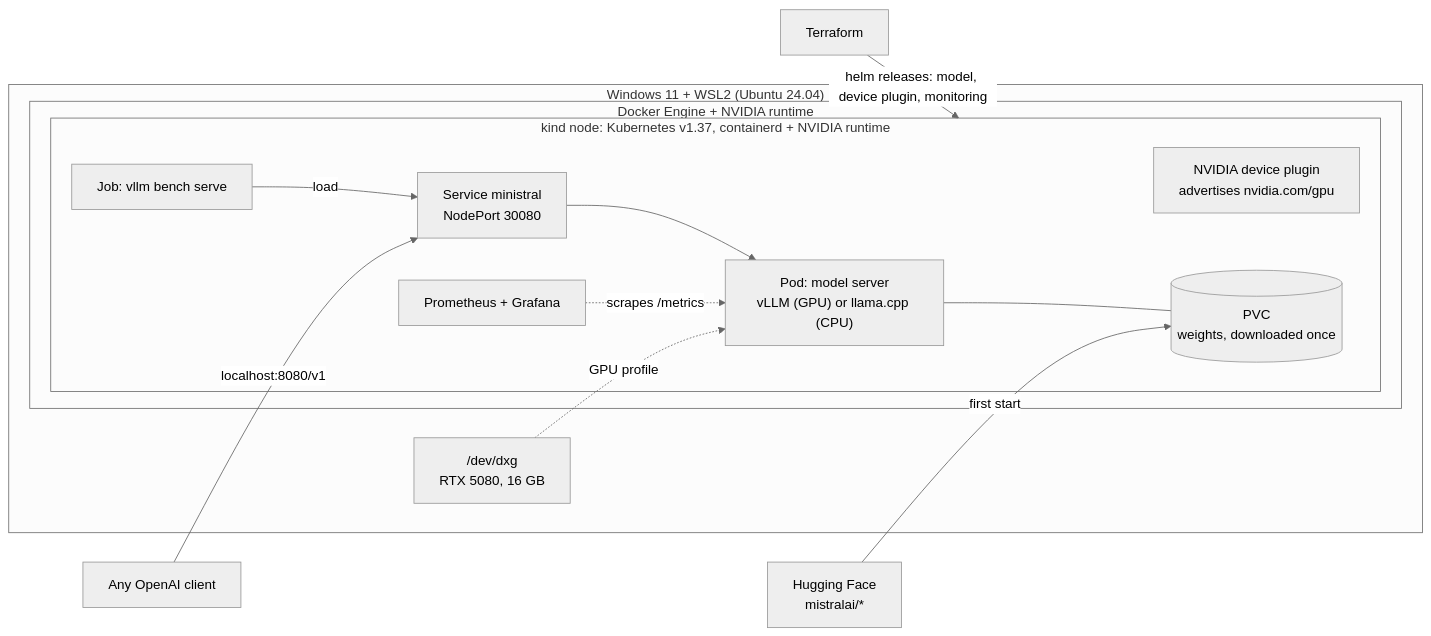
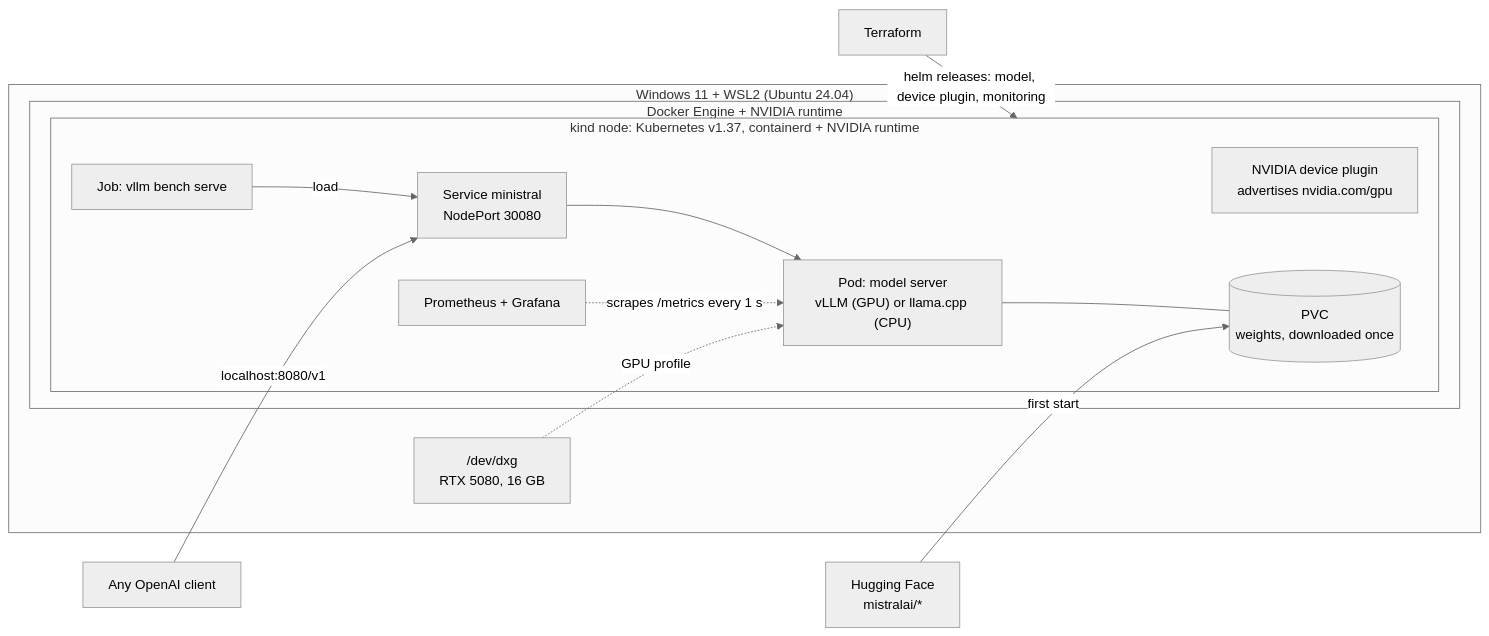
The diagram in README.md (axsxyz/mistral-k8s), drawn with Mermaid (neutral theme) before and after one commit. The commit also changed other lines of this file and 3 other files, not shown here.

````diff
--- a/README.md
+++ b/README.md
@@ -39,24 +32,24 @@
 ```mermaid
 flowchart LR
   subgraph WSL2["Windows 11 + WSL2 (Ubuntu 24.04)"]
     DXG["/dev/dxg<br/>RTX 5080, 16 GB"]
     subgraph DOCKER["Docker Engine + NVIDIA runtime"]
       subgraph KIND["kind node: Kubernetes v1.37, containerd + NVIDIA runtime"]
         DP["NVIDIA device plugin<br/>advertises nvidia.com/gpu"]
         SVC["Service ministral<br/>NodePort 30080"]
         POD["Pod: model server<br/>vLLM (GPU) or llama.cpp (CPU)"]
         PVC[("PVC<br/>weights, downloaded once")]
         PROM["Prometheus + Grafana"]
         JOB["Job: vllm bench serve"]
         SVC --> POD
         POD --- PVC
-        PROM -.scrapes /metrics.-> POD
+        PROM -. "scrapes /metrics every 1 s" .-> POD
         JOB -->|load| SVC
       end
     end
-    DXG -.GPU profile.-> POD
+    DXG -. "GPU profile" .-> POD
   end
   TF["Terraform"] -->|"helm releases: model, device plugin, monitoring"| KIND
   CLIENT["Any OpenAI client"] -->|"localhost:8080/v1"| SVC
   HF["Hugging Face<br/>mistralai/*"] -->|first start| PVC
 ```
````
